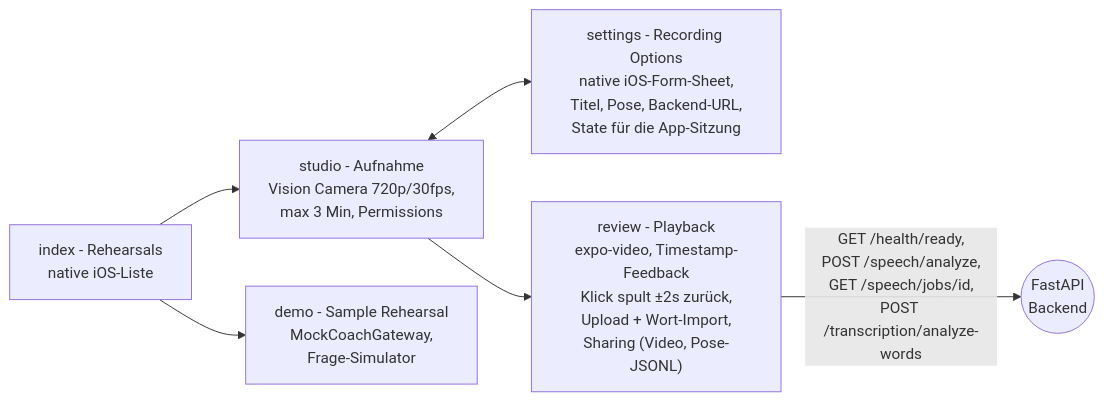
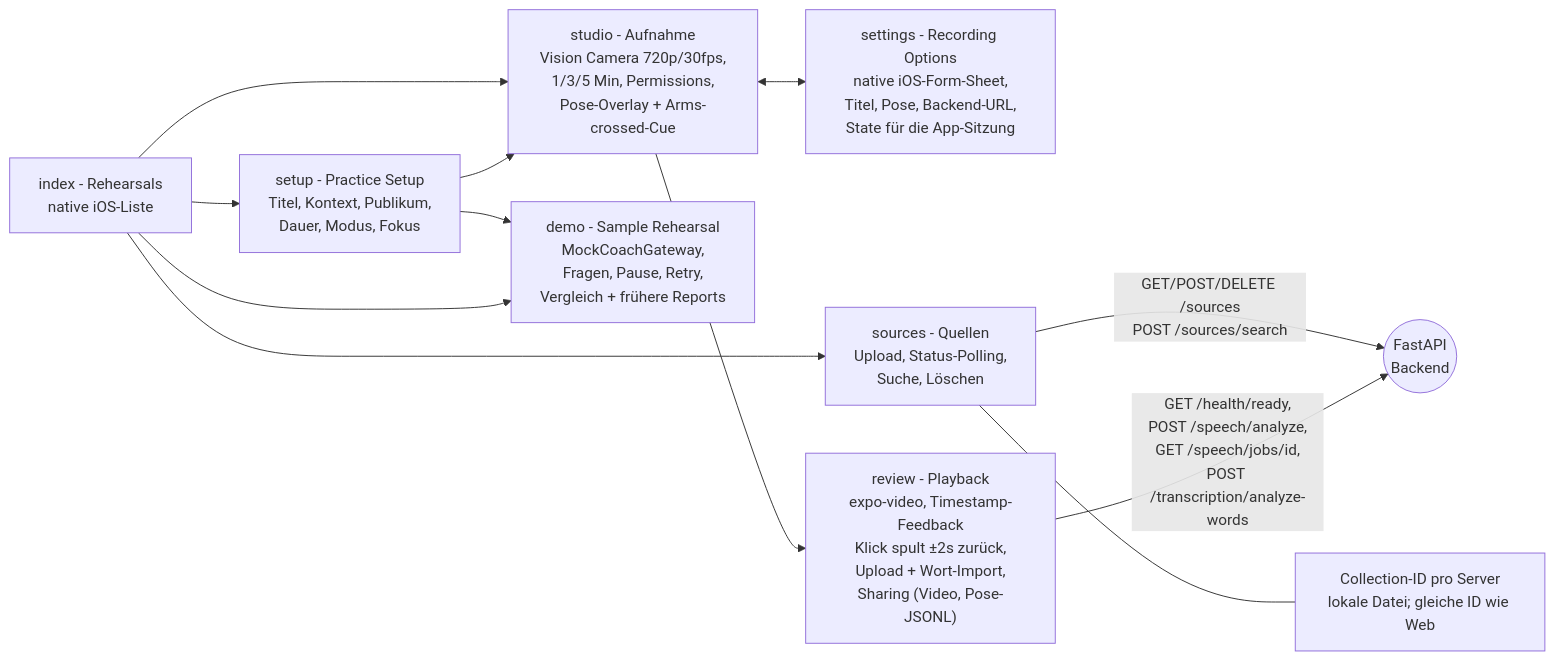
The sixth of 9 diagrams in docs/03-architecture.md (johannes3502/hackathon-fulda), drawn with Mermaid before and after one commit. The commit also changed other lines of this file and 34 other files, not shown here.

Commit message:
Integrate web source, practice and pose flows into native app

````diff
--- a/docs/03-architecture.md
+++ b/docs/03-architecture.md
@@ -192,8 +192,14 @@
 ```mermaid
 flowchart LR
-    IDX["index - Rehearsals<br/>native iOS-Liste"] --> STU["studio - Aufnahme<br/>Vision Camera 720p/30fps,<br/>max 3 Min, Permissions"]
+    IDX["index - Rehearsals<br/>native iOS-Liste"] --> STU["studio - Aufnahme<br/>Vision Camera 720p/30fps,<br/>1/3/5 Min, Permissions,<br/>Pose-Overlay + Arms-crossed-Cue"]
     STU <--> OPT["settings - Recording Options<br/>native iOS-Form-Sheet,<br/>Titel, Pose, Backend-URL,<br/>State für die App-Sitzung"]
-    IDX --> DEM["demo - Sample Rehearsal<br/>MockCoachGateway,<br/>Frage-Simulator"]
+    IDX --> SET["setup - Practice Setup<br/>Titel, Kontext, Publikum,<br/>Dauer, Modus, Fokus"]
+    SET --> DEM
+    SET --> STU
+    IDX --> SRC_M["sources - Quellen<br/>Upload, Status-Polling,<br/>Suche, Löschen"]
+    SRC_M -->|"GET/POST/DELETE /sources<br/>POST /sources/search"| BE
+    SRC_M --- CID["Collection-ID pro Server<br/>lokale Datei; gleiche ID wie Web"]
+    IDX --> DEM["demo - Sample Rehearsal<br/>MockCoachGateway,<br/>Fragen, Pause, Retry,<br/>Vergleich + frühere Reports"]
     STU --> REV["review - Playback<br/>expo-video, Timestamp-Feedback<br/>Klick spult ±2s zurück,<br/>Upload + Wort-Import,<br/>Sharing (Video, Pose-JSONL)"]
     REV -->|"GET /health/ready,<br/>POST /speech/analyze,<br/>GET /speech/jobs/id,<br/>POST /transcription/analyze-words"| BE(("FastAPI<br/>Backend"))
 ```
````
